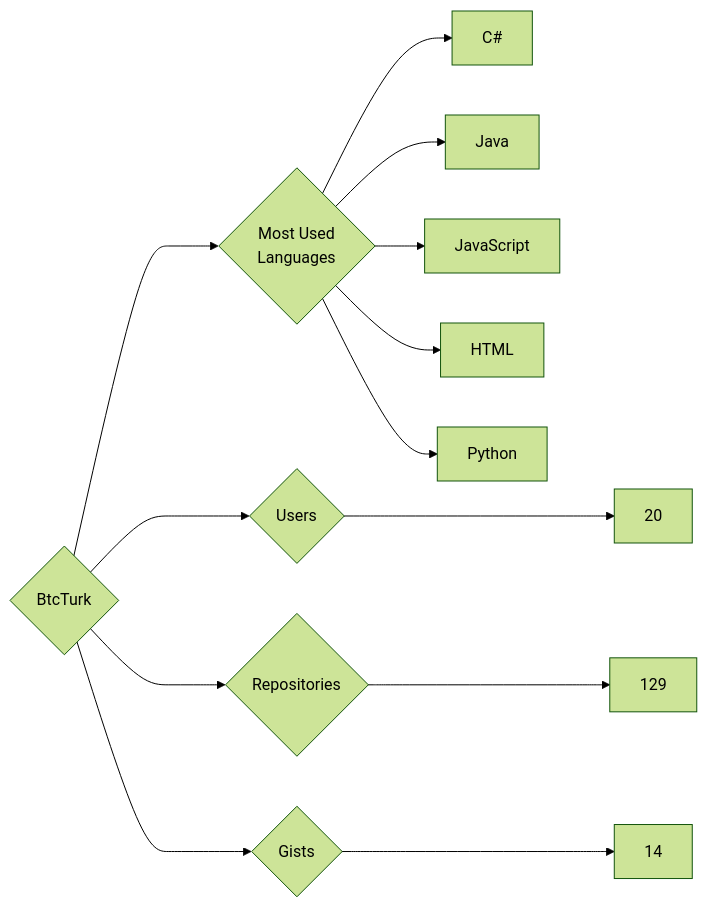
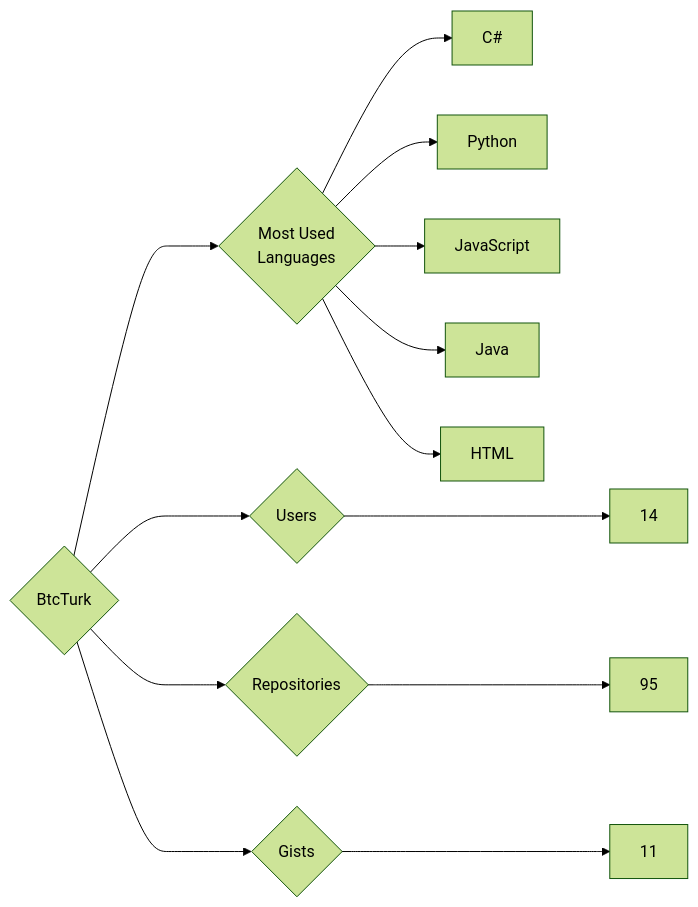
Before and after one commit to trickest/insiders: the diagram in targets/BtcTurk/README.md, drawn with Mermaid (forest theme). The commit also changed 932 other files, not shown here.

````diff
--- a/targets/BtcTurk/README.md
+++ b/targets/BtcTurk/README.md
@@ -3,13 +3,13 @@
 ```mermaid
 graph LR
 COMPANY_NAME{BtcTurk}
-COMPANY_NAME ---> U{Users} ---> UN[20]
-COMPANY_NAME ---> R{Repositories} ---> RN[129]
-COMPANY_NAME ---> G{Gists} ---> GN[14]
+COMPANY_NAME ---> U{Users} ---> UN[14]
+COMPANY_NAME ---> R{Repositories} ---> RN[95]
+COMPANY_NAME ---> G{Gists} ---> GN[11]
 COMPANY_NAME ---> ML{Most Used<br>Languages}
 ML --> C#[C#]
+ML --> Python[Python]
+ML --> JavaScript[JavaScript]
 ML --> Java[Java]
-ML --> JavaScript[JavaScript]
 ML --> HTML[HTML]
-ML --> Python[Python]
 ```
````
